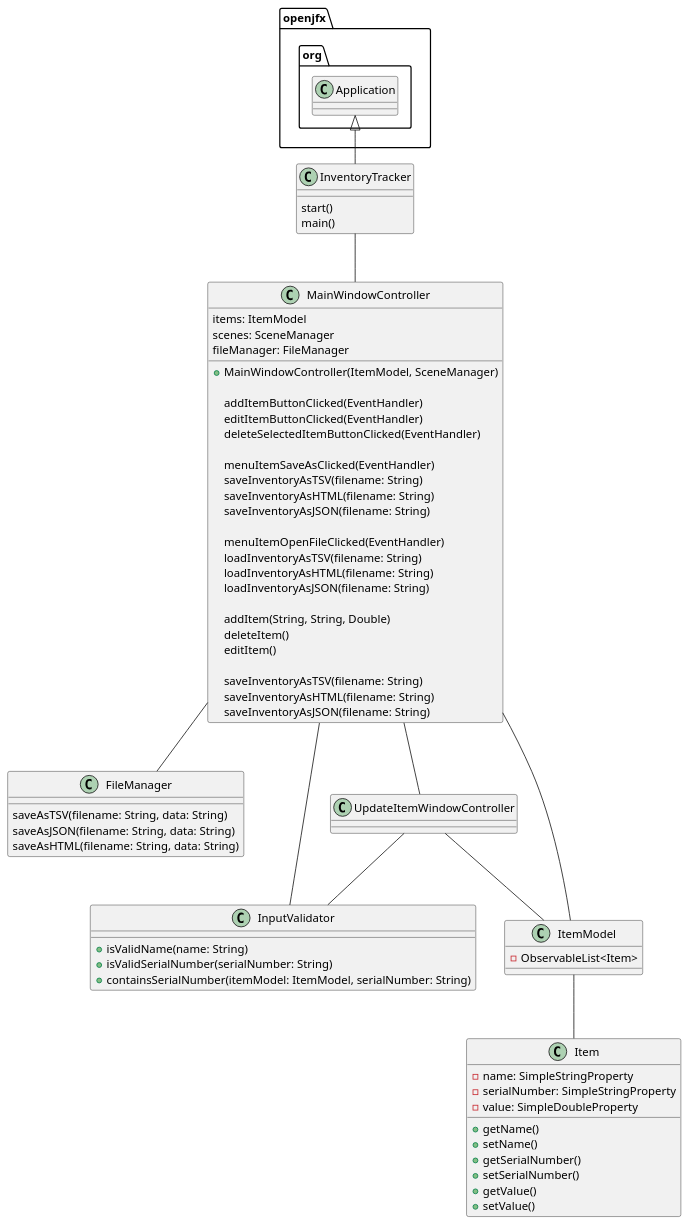
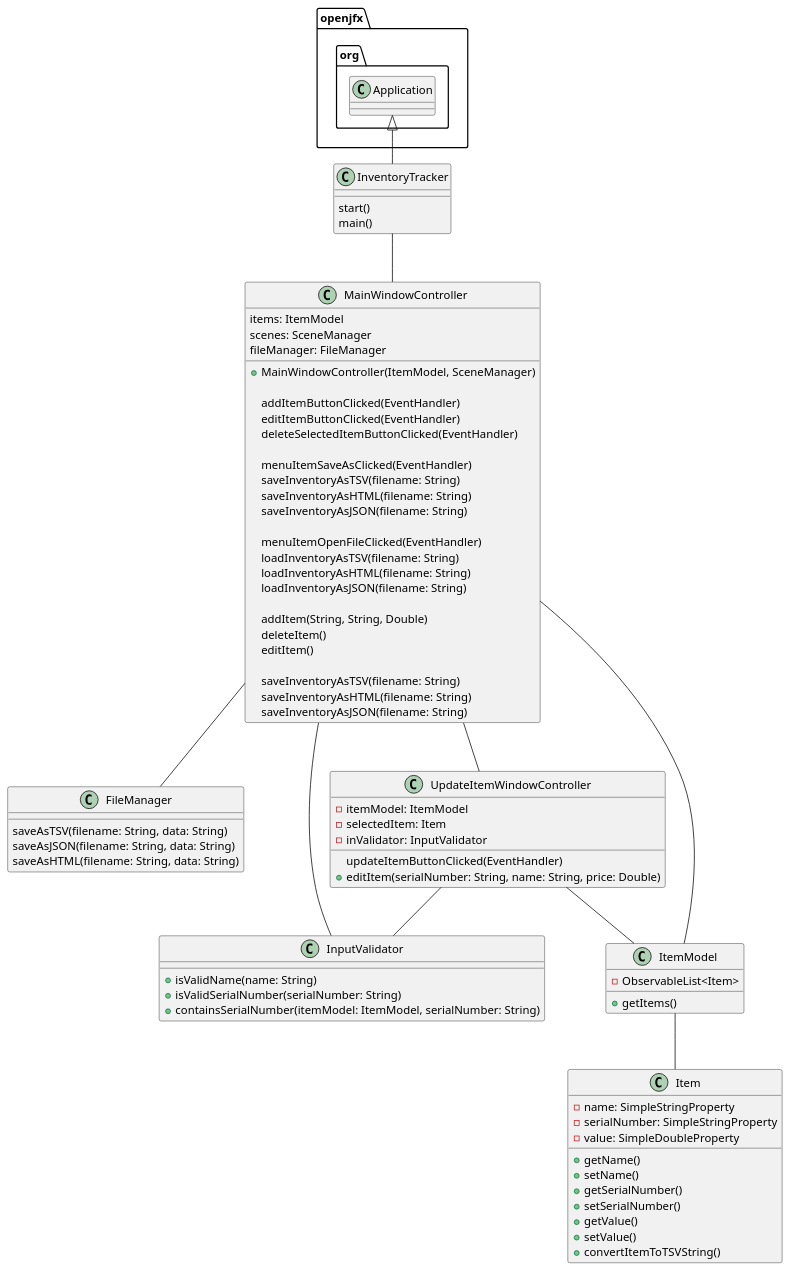
Before and after one commit to mredelis/COP3330-OOP-AS5-Summer21: the diagram in uml/as5.puml, drawn with PlantUML. The commit also changed 6 other files, not shown here.

```diff
--- a/uml/as5.puml
+++ b/uml/as5.puml
@@ -1,85 +1,95 @@
 @startuml
 
 class InventoryTracker {
     start()
     main()
 }
 
 class MainWindowController {
     items: ItemModel
     scenes: SceneManager
     fileManager: FileManager
 
     + MainWindowController(ItemModel, SceneManager)
 
     addItemButtonClicked(EventHandler)
     editItemButtonClicked(EventHandler)
     deleteSelectedItemButtonClicked(EventHandler)
 
     menuItemSaveAsClicked(EventHandler)
     saveInventoryAsTSV(filename: String)
     saveInventoryAsHTML(filename: String)
     saveInventoryAsJSON(filename: String)
 
     menuItemOpenFileClicked(EventHandler)
     loadInventoryAsTSV(filename: String)
     loadInventoryAsHTML(filename: String)
     loadInventoryAsJSON(filename: String)
 
     addItem(String, String, Double)
     deleteItem()
     editItem()
 
     saveInventoryAsTSV(filename: String)
     saveInventoryAsHTML(filename: String)
     saveInventoryAsJSON(filename: String)
 }
 
 class FileManager {
     saveAsTSV(filename: String, data: String)
     saveAsJSON(filename: String, data: String)
     saveAsHTML(filename: String, data: String)
 }
 
 class UpdateItemWindowController {
+    - itemModel: ItemModel
+    - selectedItem: Item
+    - inValidator: InputValidator
+
+    updateItemButtonClicked(EventHandler)
+    + editItem(serialNumber: String, name: String, price: Double)
+
 }
 
 class InputValidator {
     + isValidName(name: String)
     + isValidSerialNumber(serialNumber: String)
     + containsSerialNumber(itemModel: ItemModel, serialNumber: String)
 }
 
 
 class ItemModel {
     - ObservableList<Item>
 
     /' ObservableList is not serializable
        Copying everything over a normal list
        Use Gson on that normal list '/
+
+     + getItems()
 }
 
 class Item {
     - name: SimpleStringProperty
     - serialNumber: SimpleStringProperty
     - value: SimpleDoubleProperty
 
     + getName()
     + setName()
     + getSerialNumber()
     + setSerialNumber()
     + getValue()
     + setValue()
+    + convertItemToTSVString()
 }
 
 openjfx.org.Application <|-- InventoryTracker
 InventoryTracker -- MainWindowController
 MainWindowController -- ItemModel
 MainWindowController -- UpdateItemWindowController
 MainWindowController -- InputValidator
 UpdateItemWindowController -- InputValidator
 UpdateItemWindowController -- ItemModel
 ItemModel -- Item
 MainWindowController -- FileManager
 
 @enduml
```
